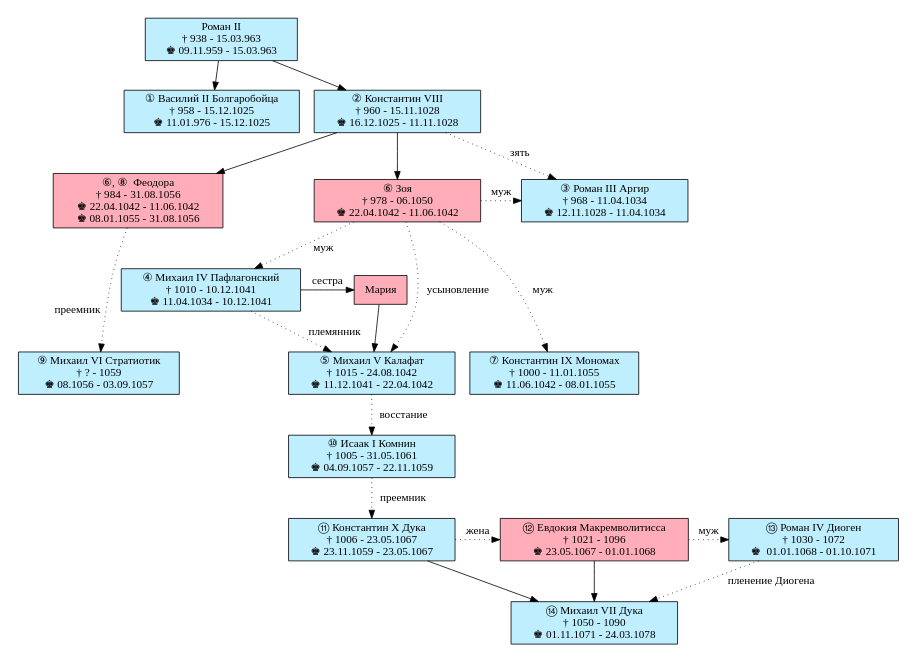
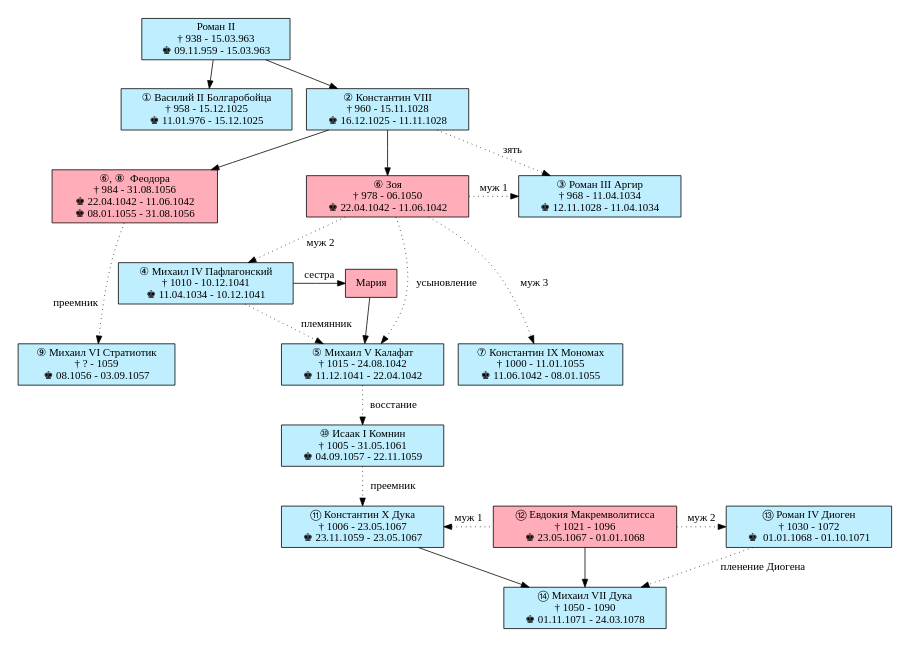
Before and after one commit to vitalyrepin/psellos: the diagram in graph.gv, drawn with Graphviz. The commit also changed 1 other file, not shown here.

```diff
--- a/graph.gv
+++ b/graph.gv
@@ -1,47 +1,47 @@
 digraph dynasty {
 	size="6,6";
 	node [fillcolor=lightblue1, style=filled, shape=rectangle];
 	{rank = same; maria; mikhiv; }
 	{rank = same; mikhv; konstv; }
 	{rank = same; feodora; zoya; romaniii;}
 	{rank = same; mikhvi; mikhv;}
 	{rank = same; konstx; evdokia; romanx;}
 
 	romanii -> vasilyii
 	romanii -> konstviii
 	konstviii -> feodora
 	konstviii -> zoya
-	zoya -> romaniii [style = dotted, label = "муж"]
+	zoya -> romaniii [style = dotted, label = "муж 1"]
 	konstviii -> romaniii [style = dotted, label = "зять"]
-	zoya -> mikhiv [style = dotted, label = "муж"]
+	zoya -> mikhiv [style = dotted, label = "муж 2"]
 	mikhiv -> maria [label = "сестра"]
 	mikhiv -> mikhv [style = dotted, label = "племянник"]
 	zoya -> mikhv [style = dotted, label = " усыновление"]
 	maria -> mikhv
-	zoya -> konstv [style = dotted, label = "муж"]
+	zoya -> konstv [style = dotted, label = "муж 3"]
 	feodora -> mikhvi [style = "dotted", headlabel = "преемник",labeldistance=6, labelangle=35]
 	mikhv -> isaaki [style = "dotted", label = " восстание"]
 	isaaki -> konstx [style = "dotted", label = " преемник"]
-	konstx -> evdokia [style = "dotted", label = "жена"]
-	evdokia -> romanx [style = "dotted", label = "муж"]
+	konstx -> evdokia [style = "dotted", dir = "back", label = "муж 1"]
+	evdokia -> romanx [style = "dotted", label = "муж 2"]
 	evdokia -> mikhvii
 	konstx -> mikhvii
 	romanx -> mikhvii [style = "dotted", label = "пленение Диогена"]
 
 	romanii [label = "Роман II\n&#8224; 938 - 15.03.963\n&#9818; 09.11.959 - 15.03.963"]
 	vasilyii [label = "&#x2460; Василий II Болгаробойца\n&#8224; 958 - 15.12.1025\n&#9818; 11.01.976 - 15.12.1025"]
 	konstviii [label = "&#x2461; Константин VIII\n&#8224; 960 - 15.11.1028\n&#9818; 16.12.1025 - 11.11.1028"]
 	zoya [label= "&#x2465; Зоя\n&#8224; 978 - 06.1050\n&#9818; 22.04.1042 - 11.06.1042", fillcolor=lightpink1]
 	feodora [label = "&#x2465;, &#x2467;  Феодора\n&#8224; 984 - 31.08.1056\n&#9818; 22.04.1042 - 11.06.1042\n &#9818; 08.01.1055 - 31.08.1056", fillcolor=lightpink1]
 	romaniii [label = "&#x2462; Роман III Аргир\n&#8224; 968 - 11.04.1034\n&#9818; 12.11.1028 - 11.04.1034"]
 	mikhiv [label = "&#x2463; Михаил IV Пафлагонский\n&#8224; 1010 - 10.12.1041\n&#9818; 11.04.1034 - 10.12.1041"]
 	maria [label = "Мария", fillcolor=lightpink1]
 	mikhv [label = "&#x2464; Михаил V Калафат\n&#8224; 1015 - 24.08.1042\n&#9818; 11.12.1041 - 22.04.1042"]
 	konstv [label = "&#x2466; Константин IX Мономах\n&#8224; 1000 - 11.01.1055\n&#9818; 11.06.1042 - 08.01.1055"]
         mikhvi [label = "&#x2468; Михаил VI Стратиотик\n&#8224; ? - 1059\n&#9818; 08.1056 - 03.09.1057"]
 	isaaki [label = "&#x2469; Исаак I Комнин\n&#8224; 1005 - 31.05.1061\n&#9818; 04.09.1057 - 22.11.1059"]
 	konstx [label = "&#x246A; Константин X Дука\n&#8224; 1006 - 23.05.1067\n&#9818; 23.11.1059 - 23.05.1067"]
 	evdokia [label = "&#x246B; Евдокия Макремволитисса\n&#8224; 1021 - 1096\n&#9818; 23.05.1067 - 01.01.1068", fillcolor=lightpink1]
 	romanx [label = "&#x246C; Роман IV Диоген\n&#8224; 1030 - 1072\n&#9818;  01.01.1068 - 01.10.1071"]
 	mikhvii [label = "&#x246D; Михаил VII Дука\n&#8224; 1050 - 1090\n&#9818; 01.11.1071 - 24.03.1078"]
 }
```
